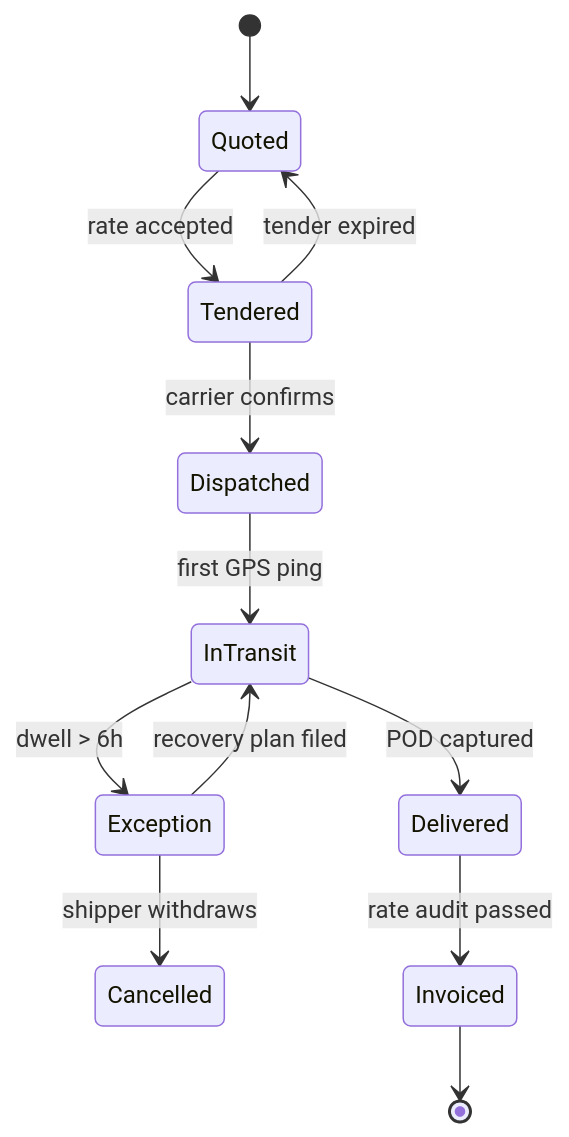
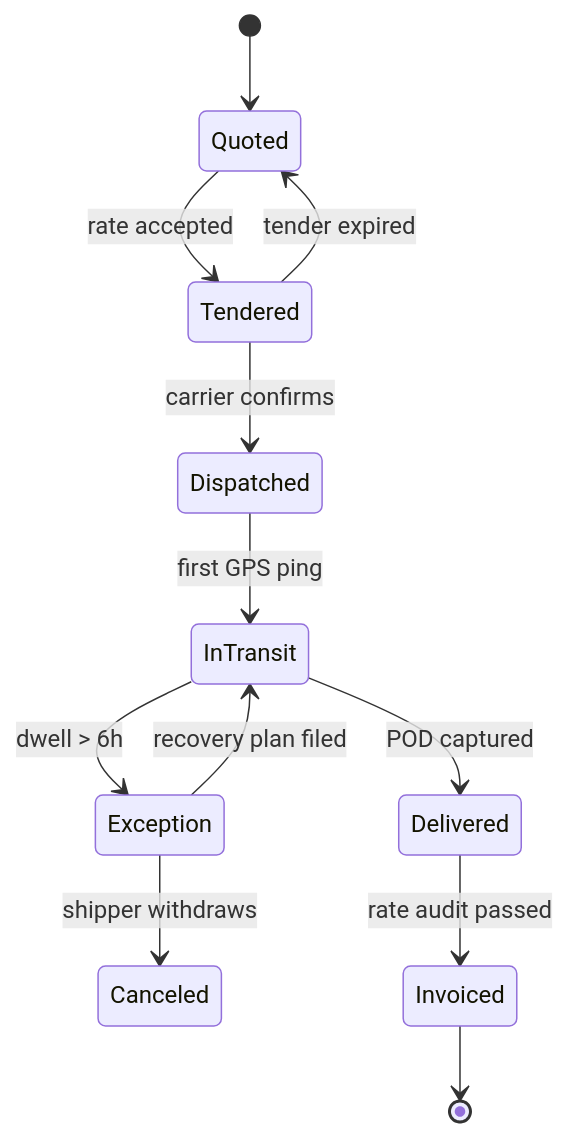
One commit to Laticent/lattice changed the second of 7 diagrams in examples/mermaid-sketch-labels.md. Above: the diagram before and after it, drawn with Mermaid. The commit also changed 435 other files, not shown here.

````diff
--- a/examples/mermaid-sketch-labels.md
+++ b/examples/mermaid-sketch-labels.md
@@ -48,14 +48,14 @@
 ```mermaid
 stateDiagram-v2
   [*] --> Quoted
   Quoted --> Tendered: rate accepted
   Tendered --> Dispatched: carrier confirms
   Tendered --> Quoted: tender expired
   Dispatched --> InTransit: first GPS ping
   InTransit --> Exception: dwell > 6h
   Exception --> InTransit: recovery plan filed
-  Exception --> Cancelled: shipper withdraws
+  Exception --> Canceled: shipper withdraws
   InTransit --> Delivered: POD captured
   Delivered --> Invoiced: rate audit passed
   Invoiced --> [*]
 ```
````
